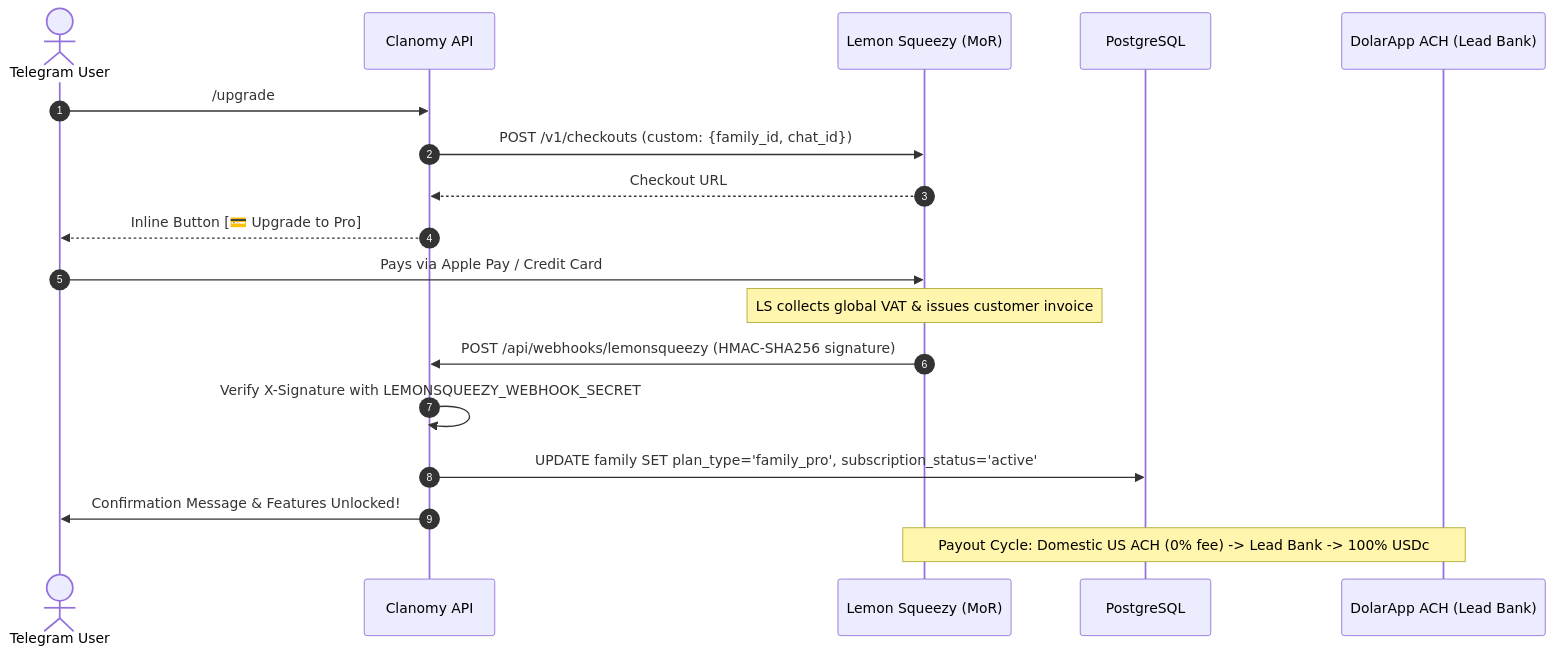
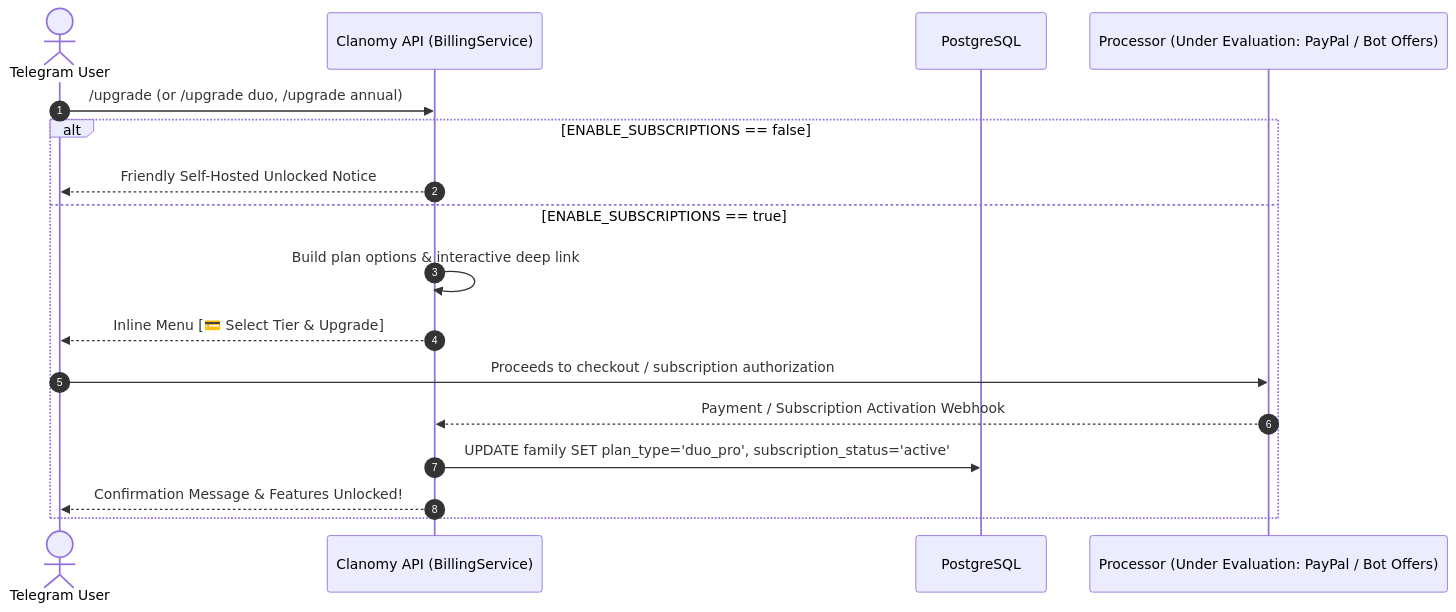
Before and after one commit to crespoantonio/clanomy: the fourth of 4 diagrams in _bmad-output/planning-artifacts/architecture.md, drawn with Mermaid. The commit also changed other lines of this file and 18 other files, not shown here.

````diff
--- a/_bmad-output/planning-artifacts/architecture.md
+++ b/_bmad-output/planning-artifacts/architecture.md
@@ -791,21 +793,20 @@
 ```mermaid
 sequenceDiagram
     autonumber
     actor User as Telegram User
-    participant Bot as Clanomy API
-    participant LS as Lemon Squeezy (MoR)
+    participant Bot as Clanomy API (BillingService)
     participant DB as PostgreSQL
-    participant Bank as DolarApp ACH (Lead Bank)
+    participant Pay as Processor (Under Evaluation: PayPal / Bot Offers)
 
-    User->>Bot: /upgrade
-    Bot->>LS: POST /v1/checkouts (custom: {family_id, chat_id})
-    LS-->>Bot: Checkout URL
-    Bot-->>User: Inline Button [💳 Upgrade to Pro]
-    User->>LS: Pays via Apple Pay / Credit Card
-    Note over LS: LS collects global VAT & issues customer invoice
-    LS->>Bot: POST /api/webhooks/lemonsqueezy (HMAC-SHA256 signature)
-    Bot->>Bot: Verify X-Signature with LEMONSQUEEZY_WEBHOOK_SECRET
-    Bot->>DB: UPDATE family SET plan_type='family_pro', subscription_status='active'
-    Bot->>User: Confirmation Message & Features Unlocked!
-    Note over LS,Bank: Payout Cycle: Domestic US ACH (0% fee) -> Lead Bank -> 100% USDc
+    User->>Bot: /upgrade (or /upgrade duo, /upgrade annual)
+    alt ENABLE_SUBSCRIPTIONS == false
+        Bot-->>User: Friendly Self-Hosted Unlocked Notice
+    else ENABLE_SUBSCRIPTIONS == true
+        Bot->>Bot: Build plan options & interactive deep link
+        Bot-->>User: Inline Menu [💳 Select Tier & Upgrade]
+        User->>Pay: Proceeds to checkout / subscription authorization
+        Pay-->>Bot: Payment / Subscription Activation Webhook
+        Bot->>DB: UPDATE family SET plan_type='duo_pro', subscription_status='active'
+        Bot-->>User: Confirmation Message & Features Unlocked!
+    end
 ```
````
